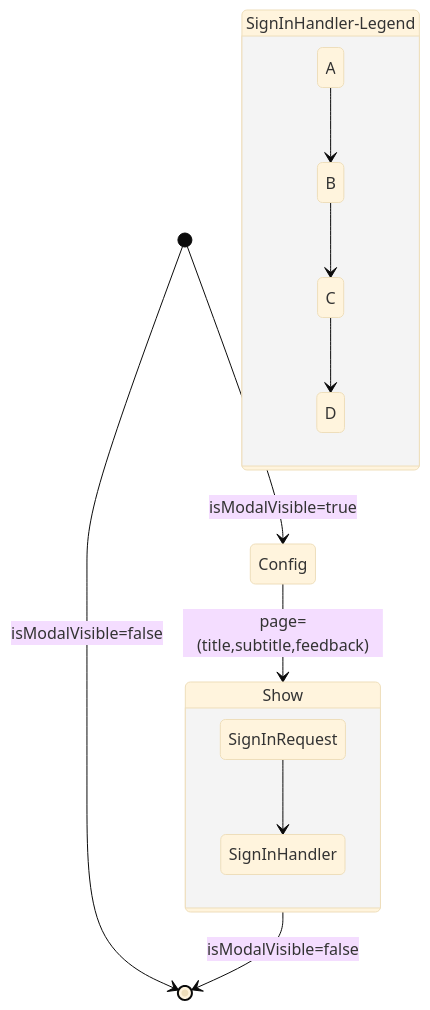
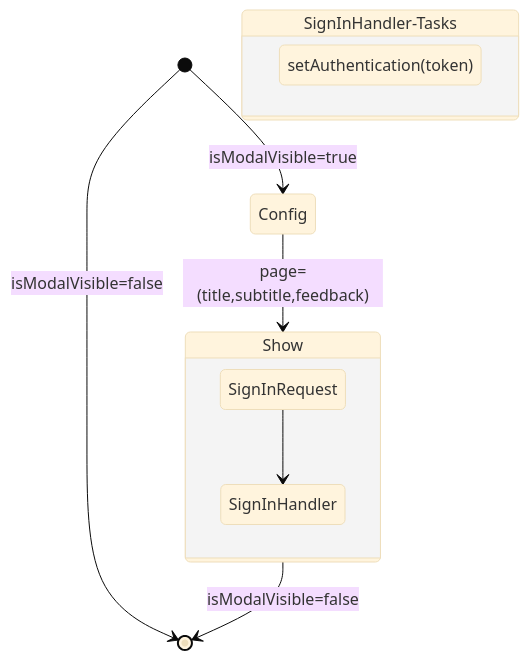
Before and after one commit to Wilfongjt/lb-A: the first of 9 diagrams in README.md, drawn with Mermaid.

````diff
--- a/README.md
+++ b/README.md
@@ -3,18 +3,17 @@
 ```mermaid
 %%{init: {'securityLevel': 'loose', 'theme':'base'}}%%
 stateDiagram
 
     state Show  {
         SignInRequest --> SignInHandler
     }
     
     [*] --> [*] : isModalVisible=false
     [*] --> Config : isModalVisible=true
     Config --> Show : page=(title,subtitle,feedback)
     Show --> [*] : isModalVisible=false
-    state SignInHandler-Legend {
-      A --> B
-      B --> C
-      C --> D
+    state SignInHandler-Tasks {
+      direction LR
+      setAuthentication(token)
     }
 ```
````
